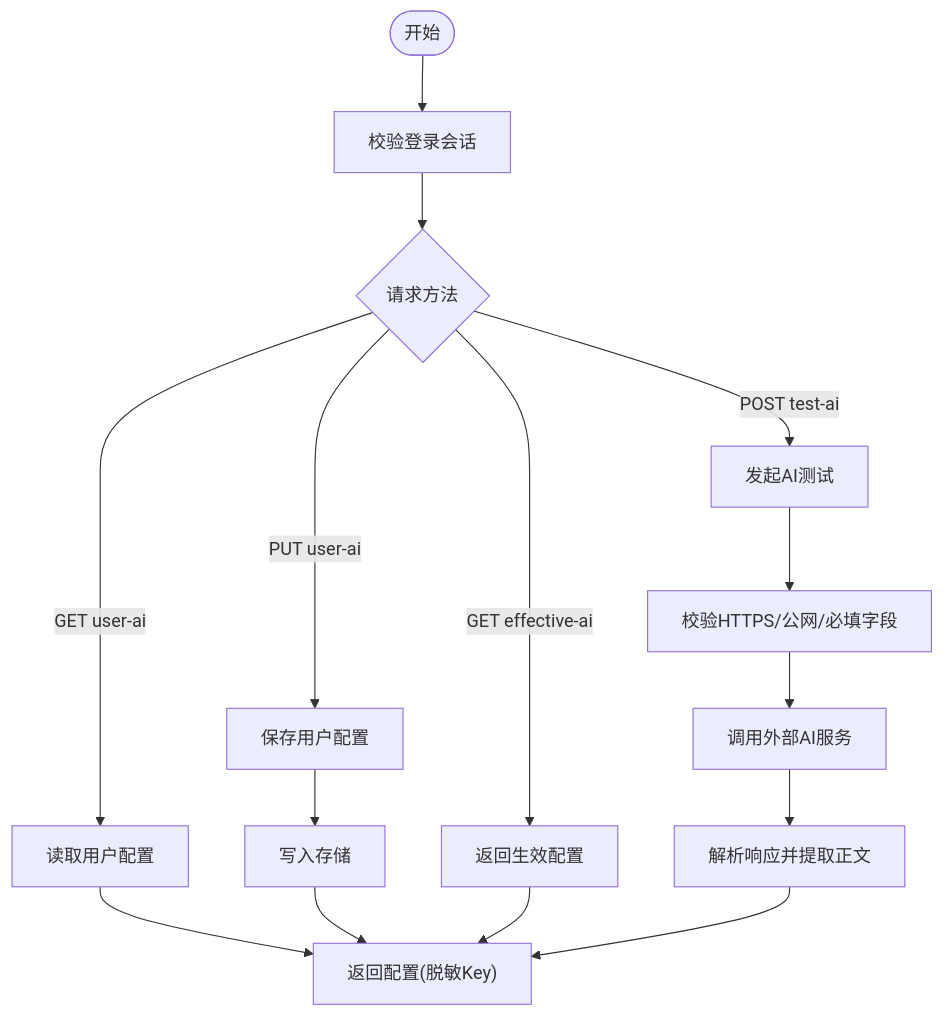
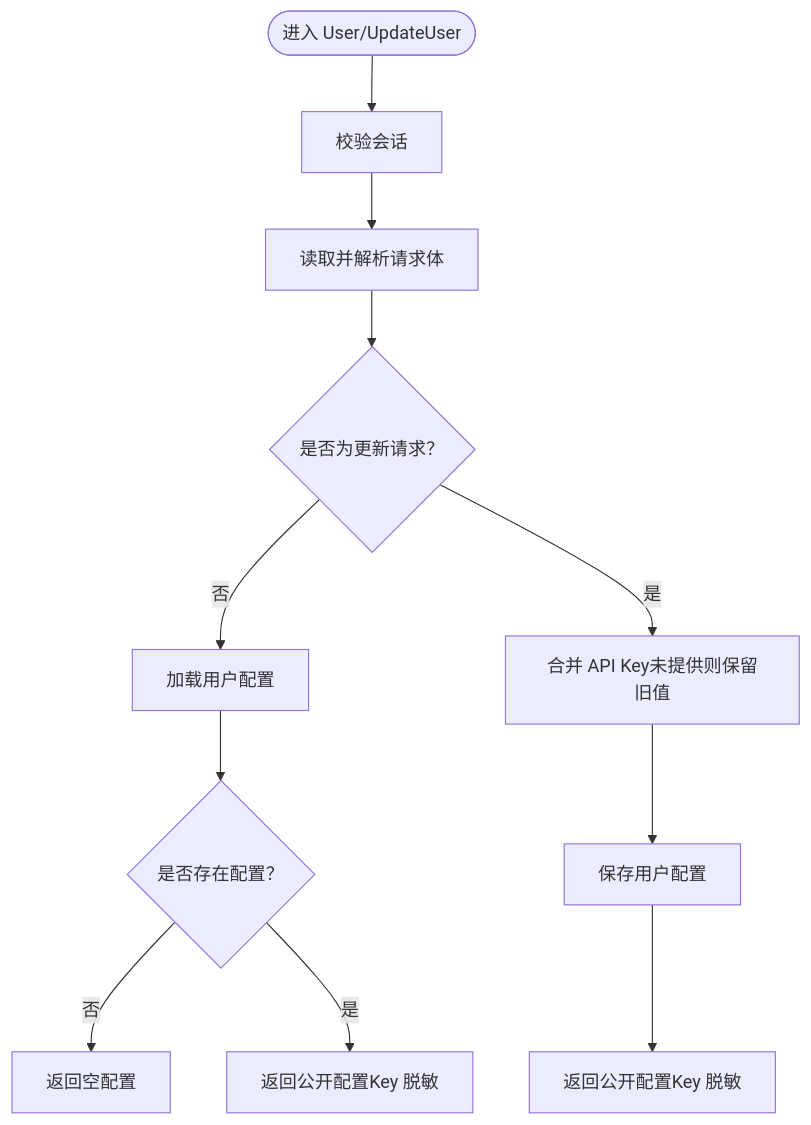
Before and after one commit to alvinwangzi/goodhr: the third of 8 diagrams in .qoder/repowiki/zh/content/云端后端服务/候选人处理系统/AI匹配评分/AI配置管理.md, drawn with Mermaid. The commit also changed other lines of this file and 149 other files, not shown here.

````diff
--- a/.qoder/repowiki/zh/content/云端后端服务/候选人处理系统/AI匹配评分/AI配置管理.md
+++ b/.qoder/repowiki/zh/content/云端后端服务/候选人处理系统/AI匹配评分/AI配置管理.md
@@ -125,17 +123,13 @@
 ```mermaid
 flowchart TD
-Start(["开始"]) --> Auth["校验登录会话"]
-Auth --> Method{"请求方法"}
-Method --> |GET user-ai| ReadUser["读取用户配置"]
-Method --> |PUT user-ai| UpdateUser["保存用户配置"]
-Method --> |GET effective-ai| Effective["返回生效配置"]
-Method --> |POST test-ai| Test["发起AI测试"]
-ReadUser --> Return["返回配置(脱敏Key)"]
-UpdateUser --> Save["写入存储"]
-Save --> Return
-Effective --> Return
-Test --> Validate["校验HTTPS/公网/必填字段"]
-Validate --> CallAI["调用外部AI服务"]
-CallAI --> Parse["解析响应并提取正文"]
-Parse --> Return
+Start(["进入 User/UpdateUser"]) --> Auth["校验会话"]
+Auth --> ReadReq["读取并解析请求体"]
+ReadReq --> Update{"是否为更新请求？"}
+Update -- 否 --> LoadCfg["加载用户配置"]
+LoadCfg --> NotFound{"是否存在配置？"}
+NotFound -- 否 --> ReturnEmpty["返回空配置"]
+NotFound -- 是 --> ReturnPublic["返回公开配置Key 脱敏"]
+Update -- 是 --> MergeKey["合并 API Key未提供则保留旧值"]
+MergeKey --> SaveCfg["保存用户配置"]
+SaveCfg --> ReturnSaved["返回公开配置Key 脱敏"]
 ```
````
